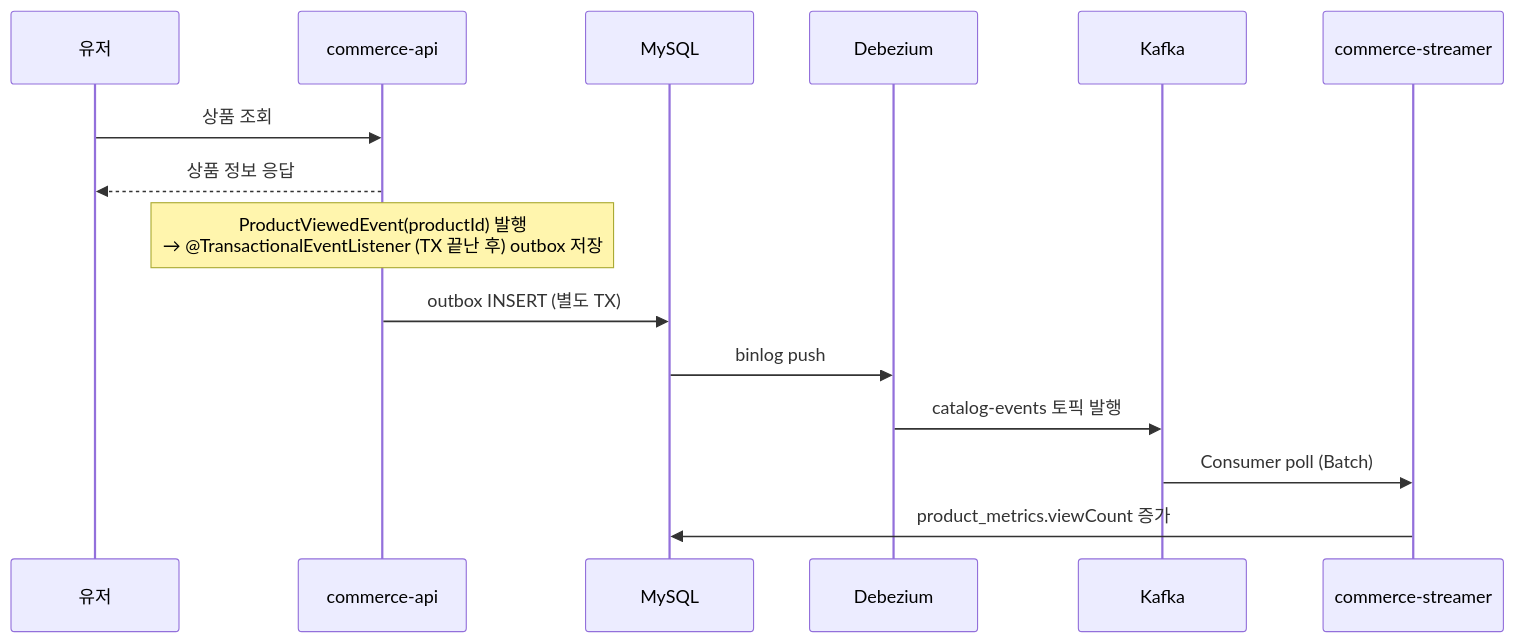
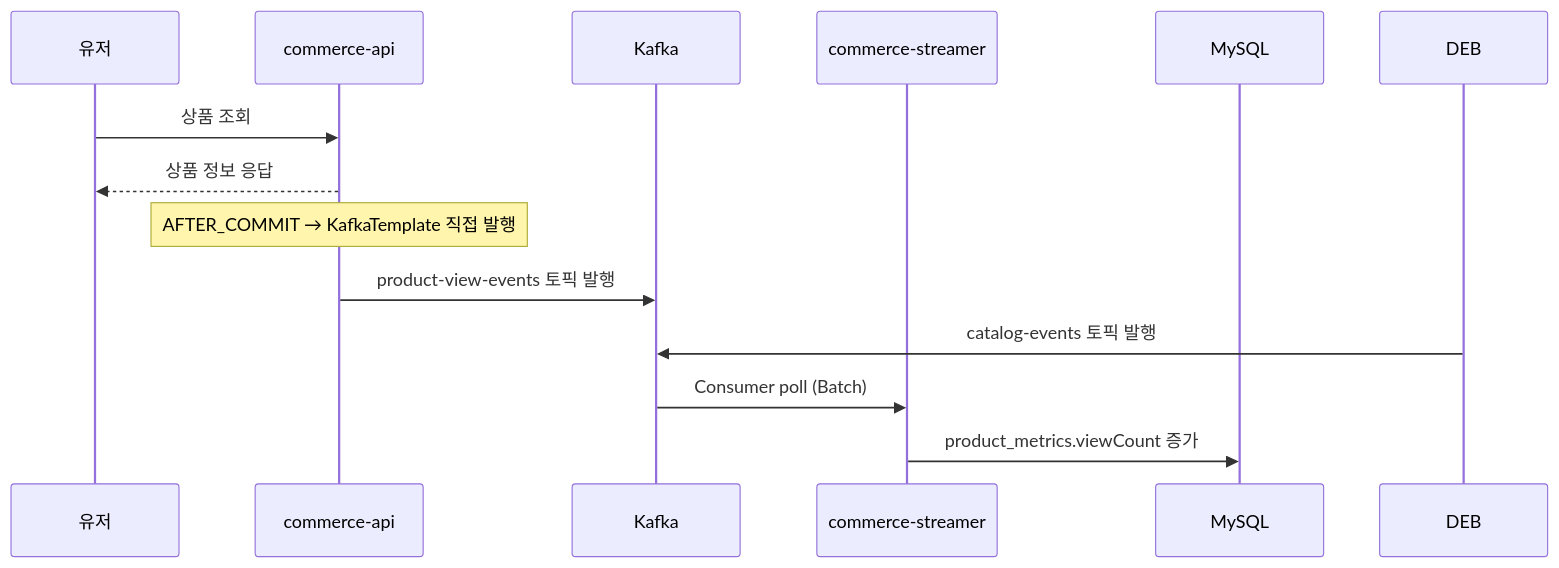
One commit to APapeIsName/loop-pack-be-l2-vol3-java changed the sixth of 10 diagrams in docs/quests/round-07/flow-diagram.md. Above: the diagram before and after it, drawn with Mermaid. The commit also changed other lines of this file and 3 other files, not shown here.

````diff
--- a/docs/quests/round-07/flow-diagram.md
+++ b/docs/quests/round-07/flow-diagram.md
@@ -107,20 +109,17 @@
 ```mermaid
 sequenceDiagram
     participant 유저
     participant API as commerce-api
-    participant DB as MySQL
-    participant DEB as Debezium
     participant KF as Kafka
     participant STR as commerce-streamer
+    participant DB as MySQL
 
     유저->>API: 상품 조회
     API-->>유저: 상품 정보 응답
 
-    Note over API: ProductViewedEvent(productId) 발행<br/>→ @TransactionalEventListener (TX 끝난 후) outbox 저장
-    API->>DB: outbox INSERT (별도 TX)
-
-    DB->>DEB: binlog push
+    Note over API: AFTER_COMMIT → KafkaTemplate 직접 발행
+    API->>KF: product-view-events 토픽 발행
     DEB->>KF: catalog-events 토픽 발행
     KF->>STR: Consumer poll (Batch)
     STR->>DB: product_metrics.viewCount 증가
 ```
````
